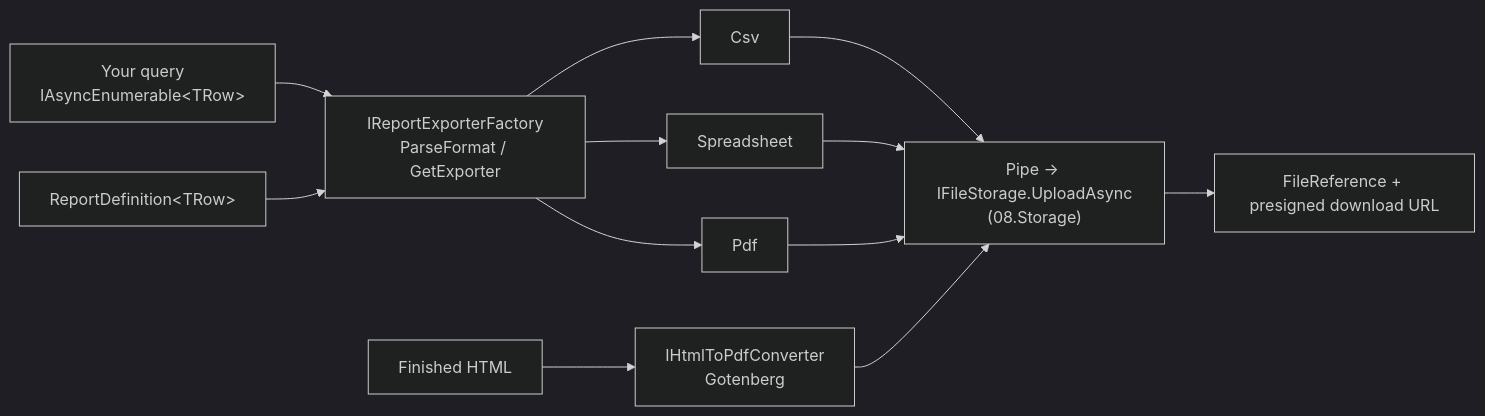
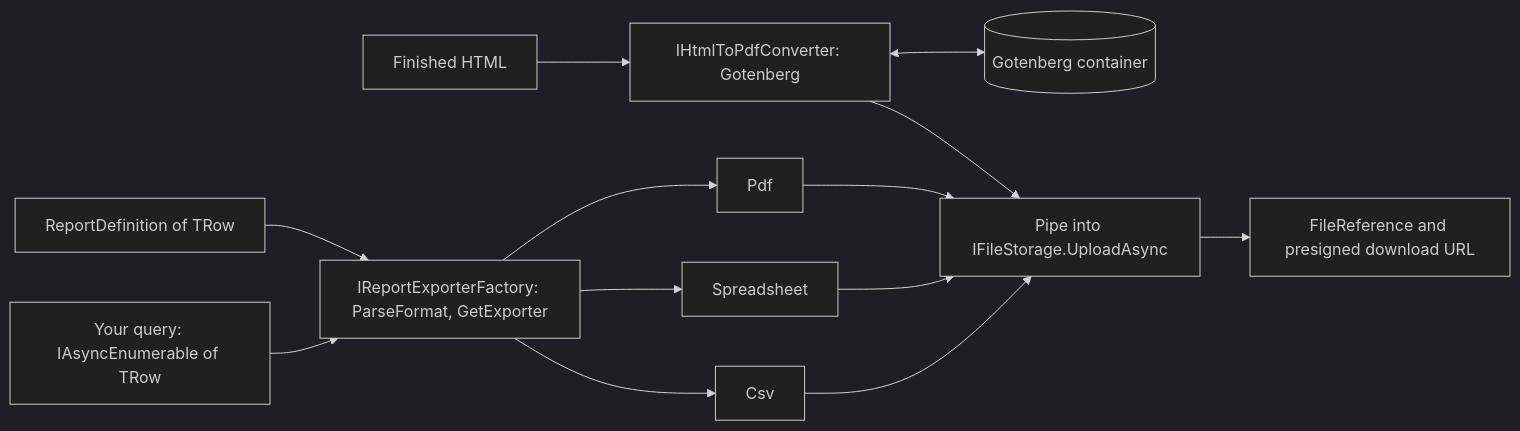
One commit to Gresta-Vertex-Labs/platform-shared-kernel changed the diagram in src/Infrastructure/Reporting/README.md. Above: the diagram before and after it, drawn with Mermaid (dark theme). The commit also changed other lines of this file and 228 other files, not shown here.

````diff
--- a/src/Infrastructure/Reporting/README.md
+++ b/src/Infrastructure/Reporting/README.md
@@ -50,14 +56,15 @@
 ```mermaid
 flowchart LR
-    Q["Your query<br/>IAsyncEnumerable&lt;TRow&gt;"] --> F["IReportExporterFactory<br/>ParseFormat / GetExporter"]
-    DEF["ReportDefinition&lt;TRow&gt;"] --> F
+    Q["Your query: IAsyncEnumerable of TRow"] --> F["IReportExporterFactory: ParseFormat, GetExporter"]
+    DEF["ReportDefinition of TRow"] --> F
     F --> CSV["Csv"]
     F --> XLSX["Spreadsheet"]
     F --> PDF["Pdf"]
-    H["Finished HTML"] --> G["IHtmlToPdfConverter<br/>Gotenberg"]
-    CSV --> P["Pipe → IFileStorage.UploadAsync<br/>(08.Storage)"]
+    H["Finished HTML"] --> G["IHtmlToPdfConverter: Gotenberg"]
+    G <--> GC[("Gotenberg container")]
+    CSV --> P["Pipe into IFileStorage.UploadAsync"]
     XLSX --> P
     PDF --> P
     G --> P
-    P --> O["FileReference + presigned download URL"]
+    P --> O["FileReference and presigned download URL"]
 ```
````
